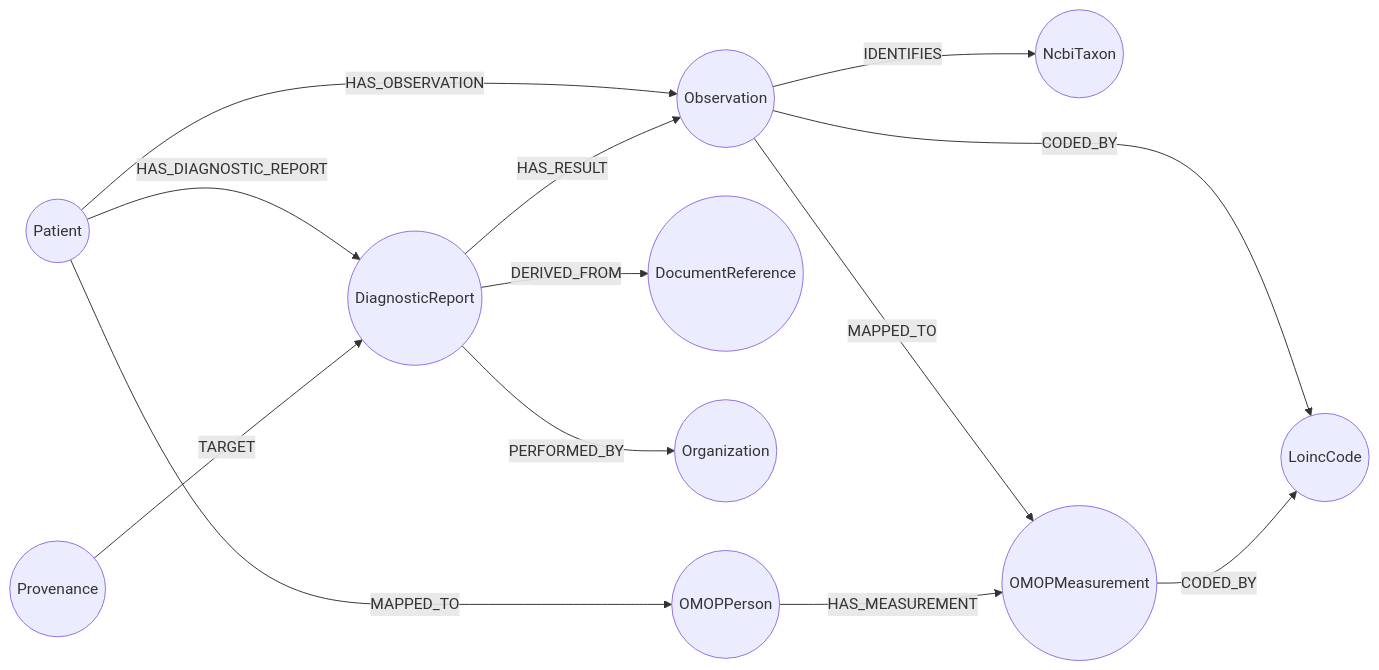
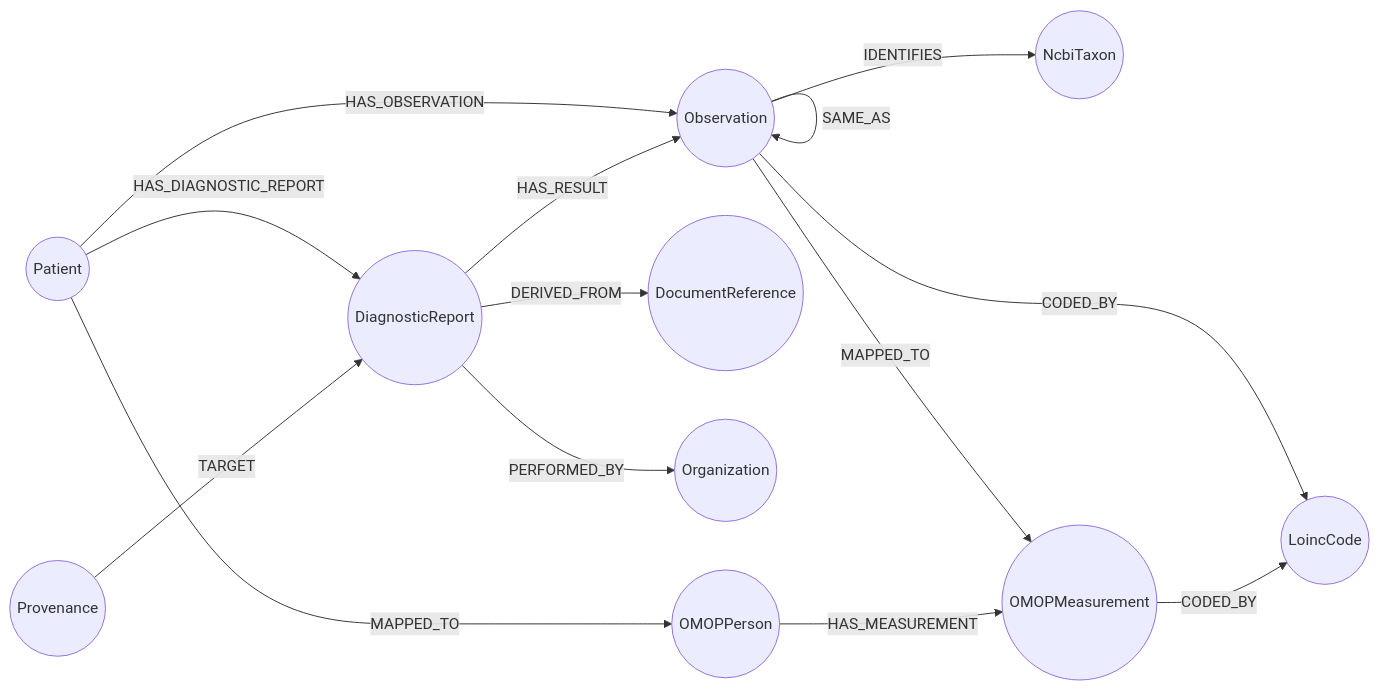
Before and after one commit to ma3u/relate-hackathon-team: the diagram in docs/SCHEMA.md, drawn with Mermaid. The commit also changed other lines of this file and 12 other files, not shown here.

First line of the commit message:
fix(graph): count each measurement once: fold repeats on one report, link copies across reports

````diff
--- a/docs/SCHEMA.md
+++ b/docs/SCHEMA.md
@@ -20,15 +20,16 @@
 ```mermaid
 flowchart LR
   P((Patient)) -- HAS_DIAGNOSTIC_REPORT --> DR((DiagnosticReport))
   P -- HAS_OBSERVATION --> O((Observation))
   DR -- HAS_RESULT --> O
   DR -- DERIVED_FROM --> DOC((DocumentReference))
   DR -- PERFORMED_BY --> ORG((Organization))
   PV((Provenance)) -- TARGET --> DR
   O -- CODED_BY --> LC((LoincCode))
   O -- IDENTIFIES --> TX((NcbiTaxon))
   P -- MAPPED_TO --> OP((OMOPPerson))
   O -- MAPPED_TO --> OM((OMOPMeasurement))
   OP -- HAS_MEASUREMENT --> OM
   OM -- CODED_BY --> LC
+  O -- SAME_AS --> O
 ```
````
